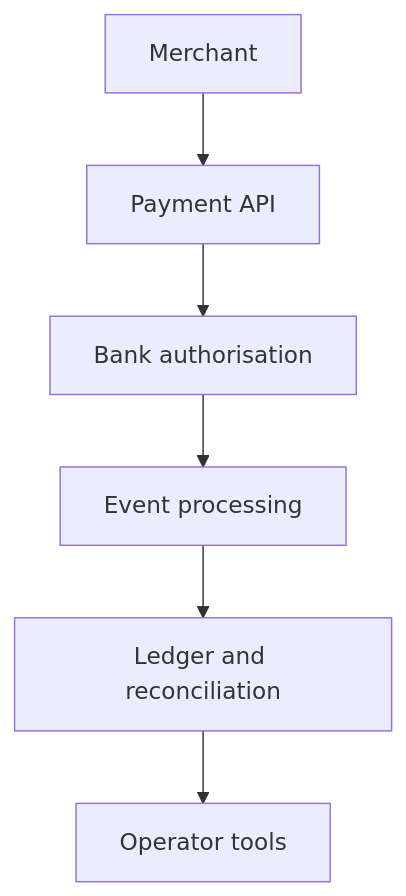
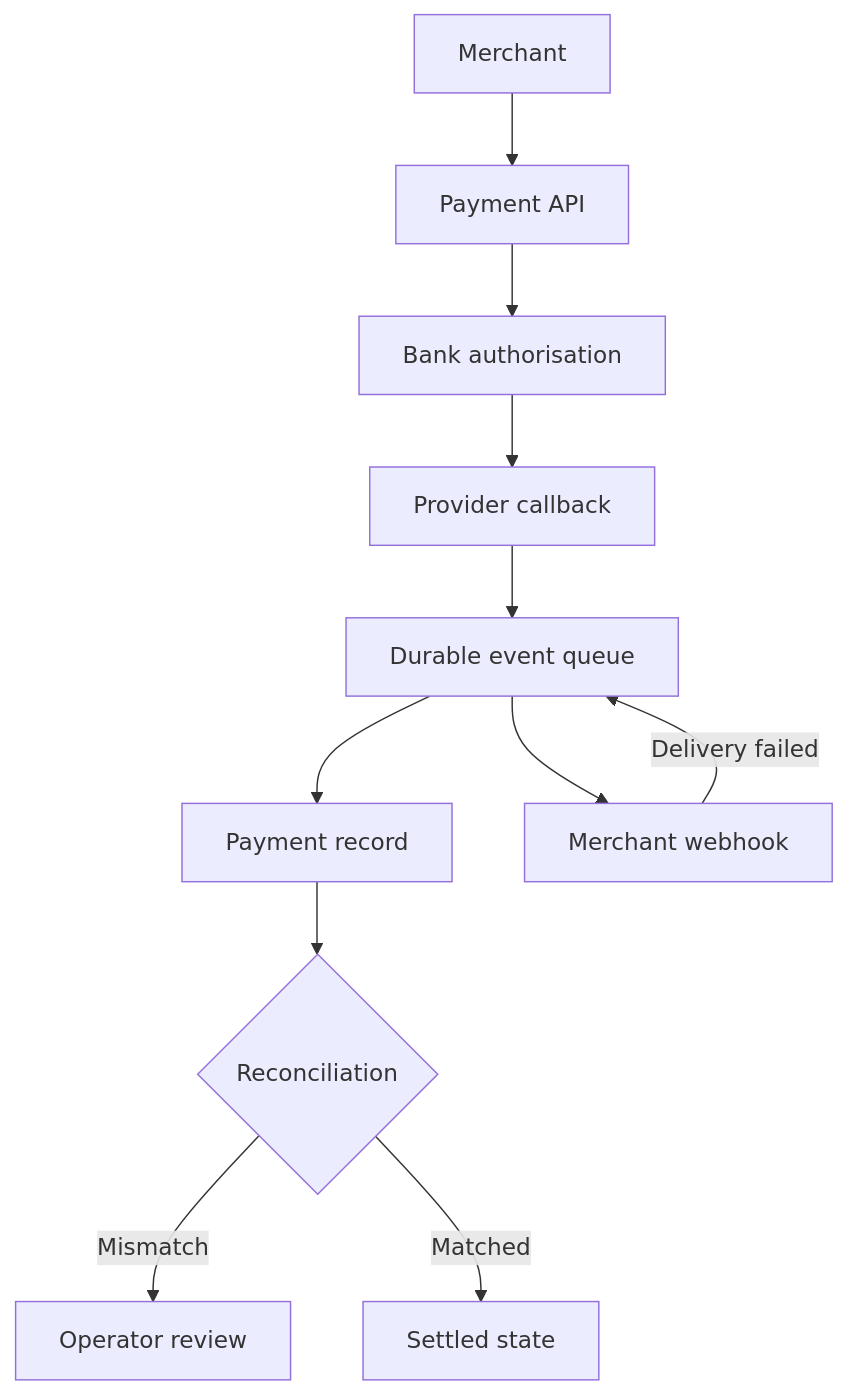
One commit to J0UH/open-finance-platform changed the diagram in README.md. Above: the diagram before and after it, drawn with Mermaid. The commit also changed other lines of this file and 2 other files, not shown here.

Commit message:
docs: refine project portfolio

````diff
--- a/README.md
+++ b/README.md
@@ -26,14 +32,15 @@
 ```mermaid
 flowchart TD
-    n0["Merchant"]
-    n1["Payment API"]
-    n2["Bank authorisation"]
-    n3["Event processing"]
-    n4["Ledger and reconciliation"]
-    n5["Operator tools"]
-    n0 --> n1
-    n1 --> n2
-    n2 --> n3
-    n3 --> n4
-    n4 --> n5
+accTitle: Direct bank payments for merchants
+accDescr: A merchant initiates a payment through a bank authorisation. Provider callbacks enter a durable queue that updates the payment record and delivers merchant webhooks. Failed delivery retries, while reconciliation routes mismatches to an operator.
+    merchant["Merchant"] --> api["Payment API"]
+    api --> bank["Bank authorisation"]
+    bank --> callback["Provider callback"]
+    callback --> queue["Durable event queue"]
+    queue --> ledger["Payment record"]
+    queue --> webhook["Merchant webhook"]
+    webhook -->|Delivery failed| queue
+    ledger --> reconcile{"Reconciliation"}
+    reconcile -->|Mismatch| operator["Operator review"]
+    reconcile -->|Matched| settled["Settled state"]
 ```
````
